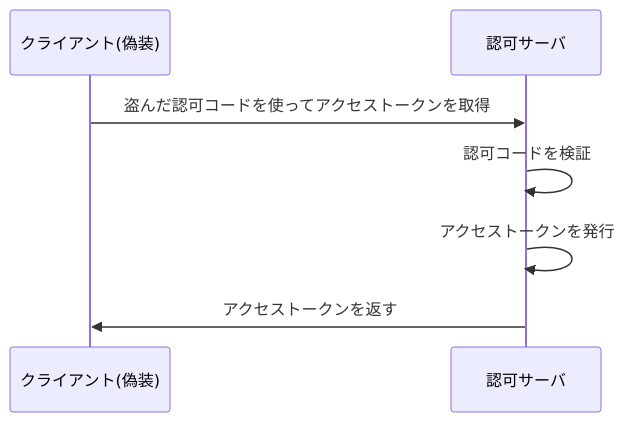
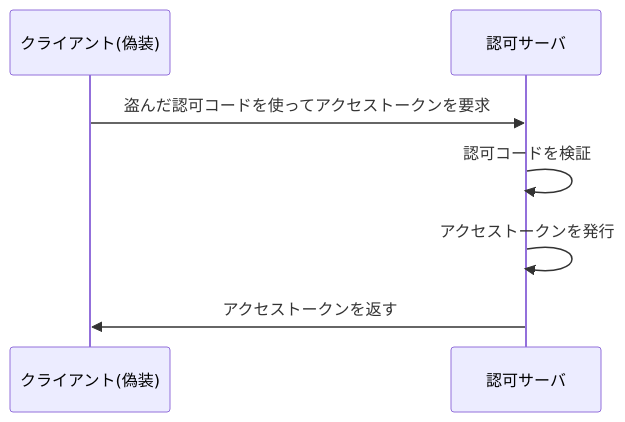
Before and after one commit to calloc134/zenn-dir: the seventh of 20 diagrams in articles/5e8da6c491e720.md, drawn with Mermaid. The commit also changed other lines of this file, not shown here.

Commit message:
とりあえずpkceのフロー図+気になるところ

````diff
--- a/articles/5e8da6c491e720.md
+++ b/articles/5e8da6c491e720.md
@@ -970,10 +970,10 @@
 ```mermaid
 sequenceDiagram
     participant クライアント(偽装)
     participant 認可サーバ
 
-    クライアント(偽装)->>認可サーバ: 盗んだ認可コードを使ってアクセストークンを取得
+    クライアント(偽装)->>認可サーバ: 盗んだ認可コードを使ってアクセストークンを要求
     認可サーバ->>認可サーバ: 認可コードを検証
     認可サーバ->>認可サーバ: アクセストークンを発行
     認可サーバ->>クライアント(偽装): アクセストークンを返す
 ```
````
